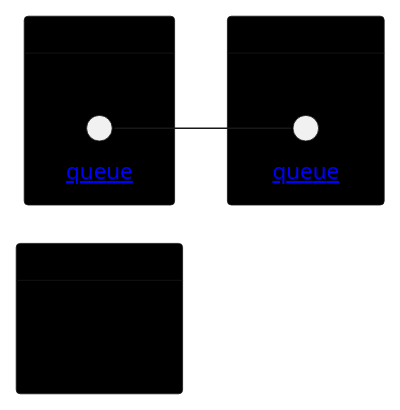
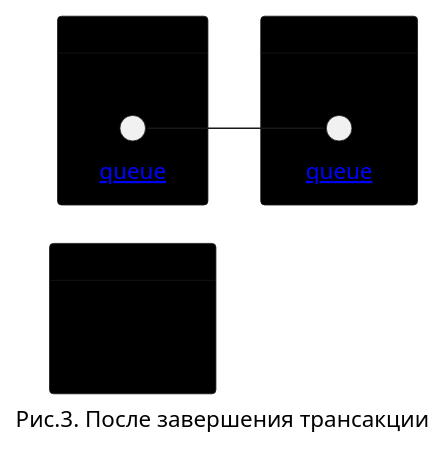
Before and after one commit to pavetok/pavetok.github.io: the diagram in diagrams/queue-example/transaction-after.puml, drawn with PlantUML. The commit also changed 33 other files, not shown here.

```diff
--- a/diagrams/queue-example/transaction-after.puml
+++ b/diagrams/queue-example/transaction-after.puml
@@ -1,26 +1,28 @@
 @startuml
 left to right direction
 
 skinparam card {
     BorderThickness 0.5
     BackgroundColor 0
 }
 
 skinparam label {
     FontSize 0
 }
 
 card Alice {
     label nothing
 }
 
 card Bob {
     circle "[[/work/transaction-types/queue-example/diagrams/queue-client/{queue} queue]]" as queue1 <<client>>
 }
 
 card Carol {
     circle "[[/work/transaction-types/queue-example/diagrams/queue-server/{queue} queue]]" as queue2 <<server>>
 }
 
 queue1 -- queue2
+
+caption Рис.3. После завершения трансакции
 @enduml
```
